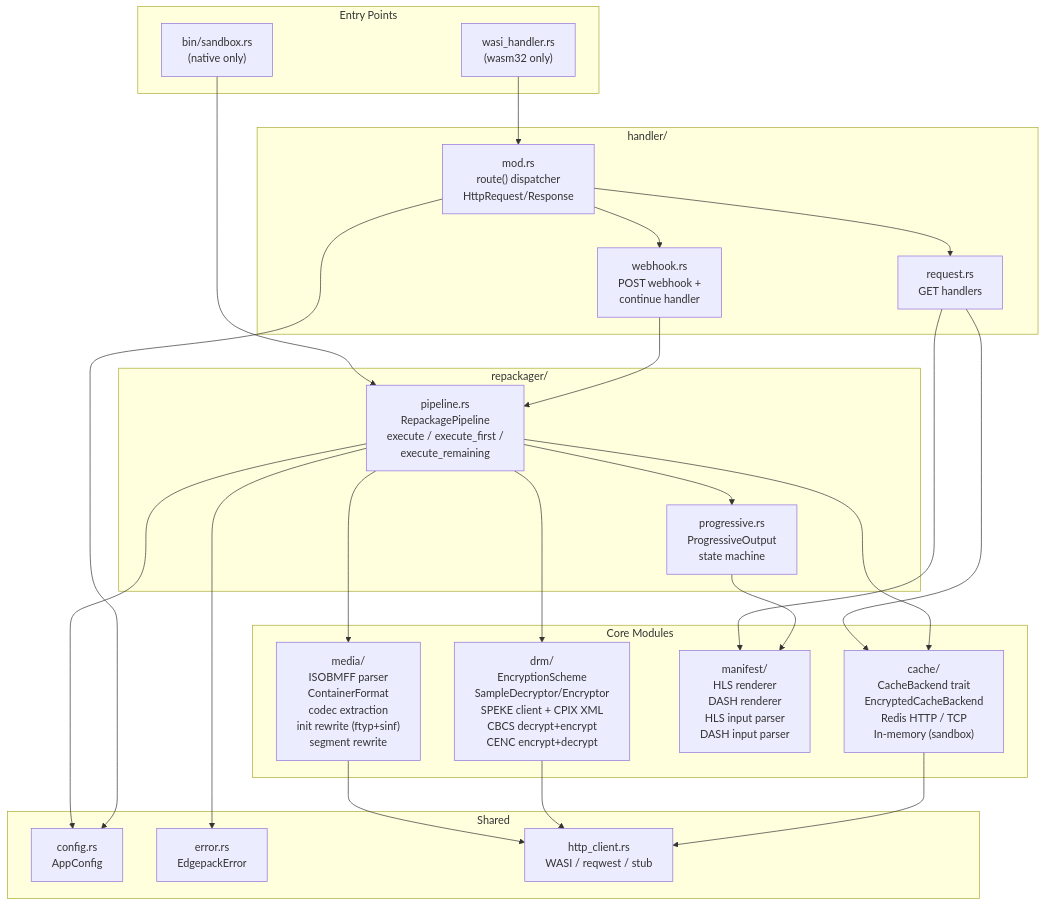
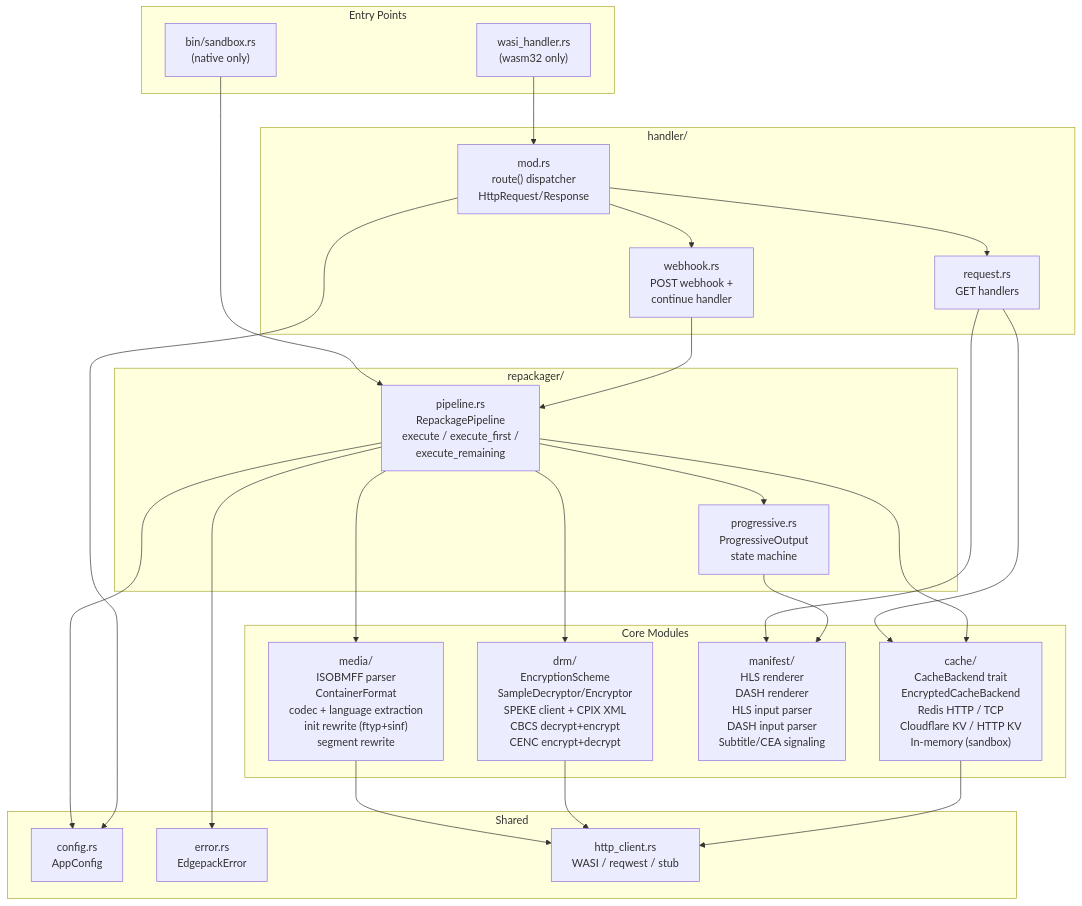
The third of 10 diagrams in docs/architecture.md (adrums86/edgepack), drawn with Mermaid before and after one commit. The commit also changed other lines of this file and 28 other files, not shown here.

````diff
--- a/docs/architecture.md
+++ b/docs/architecture.md
@@ -110,54 +110,54 @@
 ```mermaid
 graph TD
     subgraph Entry["Entry Points"]
         WASI["wasi_handler.rs<br/>(wasm32 only)"]
         Sandbox["bin/sandbox.rs<br/>(native only)"]
     end
 
     subgraph Handler["handler/"]
         Router["mod.rs<br/>route() dispatcher<br/>HttpRequest/Response"]
         Request["request.rs<br/>GET handlers"]
         Webhook["webhook.rs<br/>POST webhook +<br/>continue handler"]
     end
 
     subgraph Repackager["repackager/"]
         RPipeline["pipeline.rs<br/>RepackagePipeline<br/>execute / execute_first /<br/>execute_remaining"]
         Progressive["progressive.rs<br/>ProgressiveOutput<br/>state machine"]
     end
 
     subgraph Core["Core Modules"]
-        Media["media/<br/>ISOBMFF parser<br/>ContainerFormat<br/>codec extraction<br/>init rewrite (ftyp+sinf)<br/>segment rewrite"]
+        Media["media/<br/>ISOBMFF parser<br/>ContainerFormat<br/>codec + language extraction<br/>init rewrite (ftyp+sinf)<br/>segment rewrite"]
         DRMMod["drm/<br/>EncryptionScheme<br/>SampleDecryptor/Encryptor<br/>SPEKE client + CPIX XML<br/>CBCS decrypt+encrypt<br/>CENC encrypt+decrypt"]
-        Manifest["manifest/<br/>HLS renderer<br/>DASH renderer<br/>HLS input parser<br/>DASH input parser"]
-        CacheMod2["cache/<br/>CacheBackend trait<br/>EncryptedCacheBackend<br/>Redis HTTP / TCP<br/>In-memory (sandbox)"]
+        Manifest["manifest/<br/>HLS renderer<br/>DASH renderer<br/>HLS input parser<br/>DASH input parser<br/>Subtitle/CEA signaling"]
+        CacheMod2["cache/<br/>CacheBackend trait<br/>EncryptedCacheBackend<br/>Redis HTTP / TCP<br/>Cloudflare KV / HTTP KV<br/>In-memory (sandbox)"]
     end
 
     subgraph Shared["Shared"]
         Config["config.rs<br/>AppConfig"]
         Error["error.rs<br/>EdgepackError"]
         HTTP["http_client.rs<br/>WASI / reqwest / stub"]
     end
 
     WASI --> Router
     Sandbox --> RPipeline
 
     Router --> Request
     Router --> Webhook
     Request --> CacheMod2
     Request --> Manifest
     Webhook --> RPipeline
 
     RPipeline --> Media
     RPipeline --> DRMMod
     RPipeline --> Progressive
     RPipeline --> CacheMod2
     Progressive --> Manifest
 
     Media --> HTTP
     DRMMod --> HTTP
     CacheMod2 --> HTTP
 
     RPipeline --> Config
     RPipeline --> Error
     Router --> Config
 ```
````
